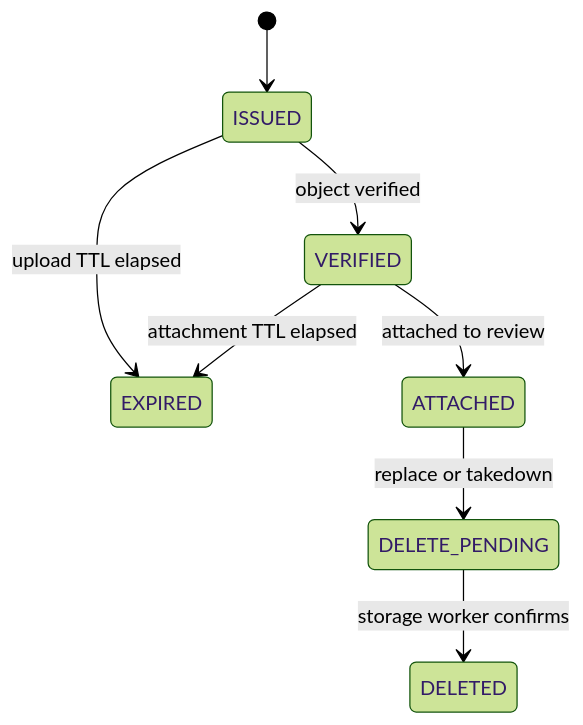
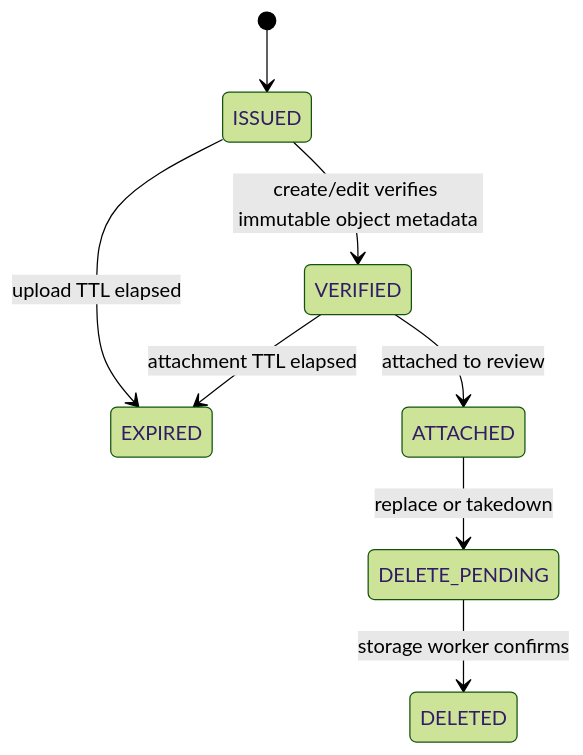
One commit to quangdung2110/e-commerce-microservices changed the third of 3 diagrams in docs/review/domain.md. Above: the diagram before and after it, drawn with Mermaid (forest theme). The commit also changed other lines of this file and 12 other files, not shown here.

````diff
--- a/docs/review/domain.md
+++ b/docs/review/domain.md
@@ -117,10 +118,10 @@
 ```mermaid
 stateDiagram-v2
     [*] --> ISSUED
-    ISSUED --> VERIFIED: object verified
+    ISSUED --> VERIFIED: create/edit verifies immutable object metadata
     ISSUED --> EXPIRED: upload TTL elapsed
     VERIFIED --> ATTACHED: attached to review
     VERIFIED --> EXPIRED: attachment TTL elapsed
     ATTACHED --> DELETE_PENDING: replace or takedown
     DELETE_PENDING --> DELETED: storage worker confirms
 ```
````
